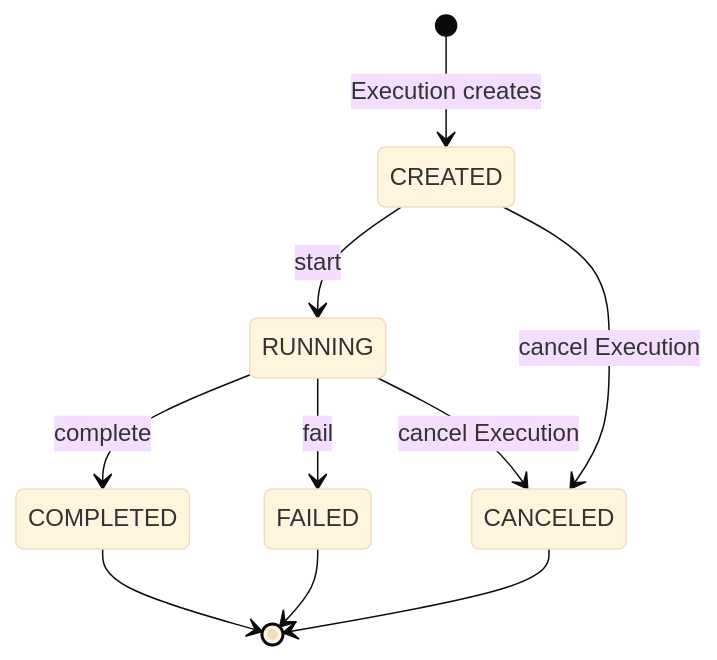
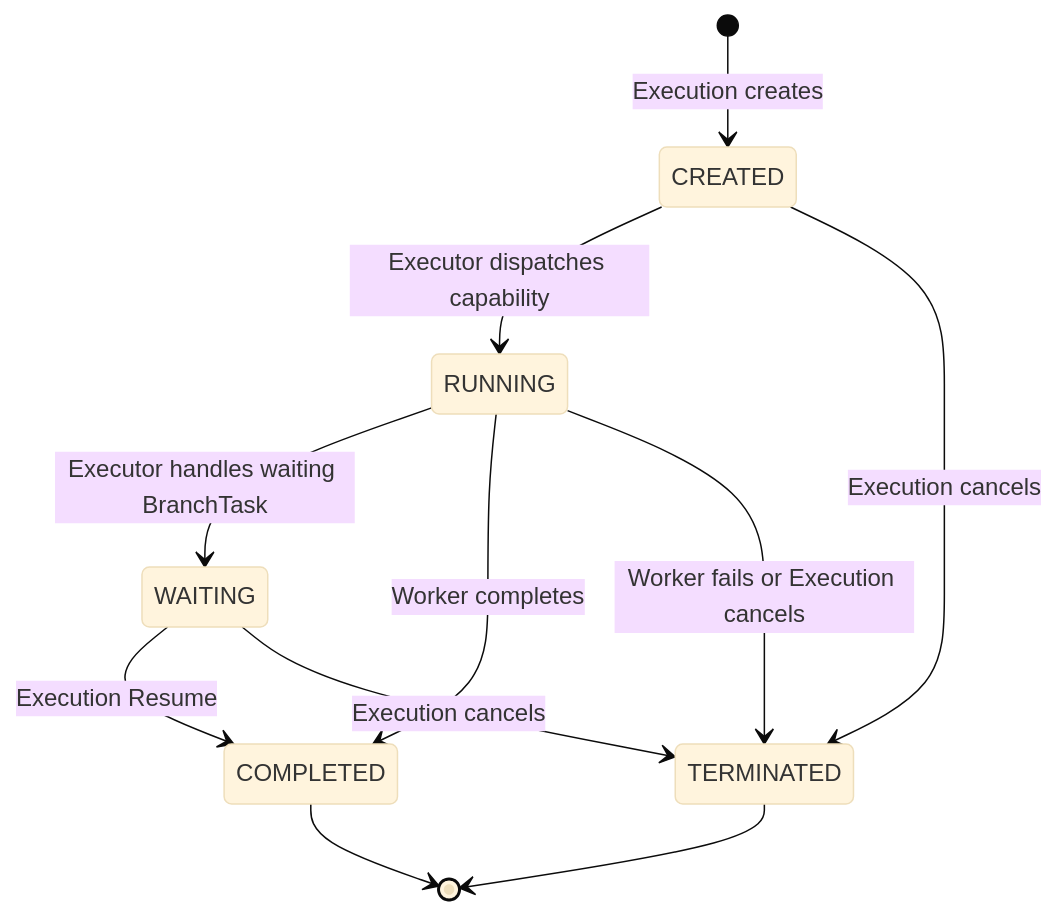
One commit to Eiddy5/flow changed the third of 3 diagrams in docs/standards/execution-domain-model.md. Above: the diagram before and after it, drawn with Mermaid (base theme). The commit also changed other lines of this file and 268 other files, not shown here.

````diff
--- a/docs/standards/execution-domain-model.md
+++ b/docs/standards/execution-domain-model.md
@@ -263,12 +457,13 @@
 ```mermaid
 stateDiagram-v2
     [*] --> CREATED: Execution creates
-    CREATED --> RUNNING: start
-    CREATED --> CANCELED: cancel Execution
-    RUNNING --> COMPLETED: complete
-    RUNNING --> FAILED: fail
-    RUNNING --> CANCELED: cancel Execution
+    CREATED --> RUNNING: Executor dispatches capability
+    CREATED --> TERMINATED: Execution cancels
+    RUNNING --> WAITING: Executor handles waiting BranchTask
+    WAITING --> COMPLETED: Execution Resume
+    RUNNING --> COMPLETED: Worker completes
+    RUNNING --> TERMINATED: Worker fails or Execution cancels
+    WAITING --> TERMINATED: Execution cancels
     COMPLETED --> [*]
-    FAILED --> [*]
-    CANCELED --> [*]
+    TERMINATED --> [*]
 ```
````
